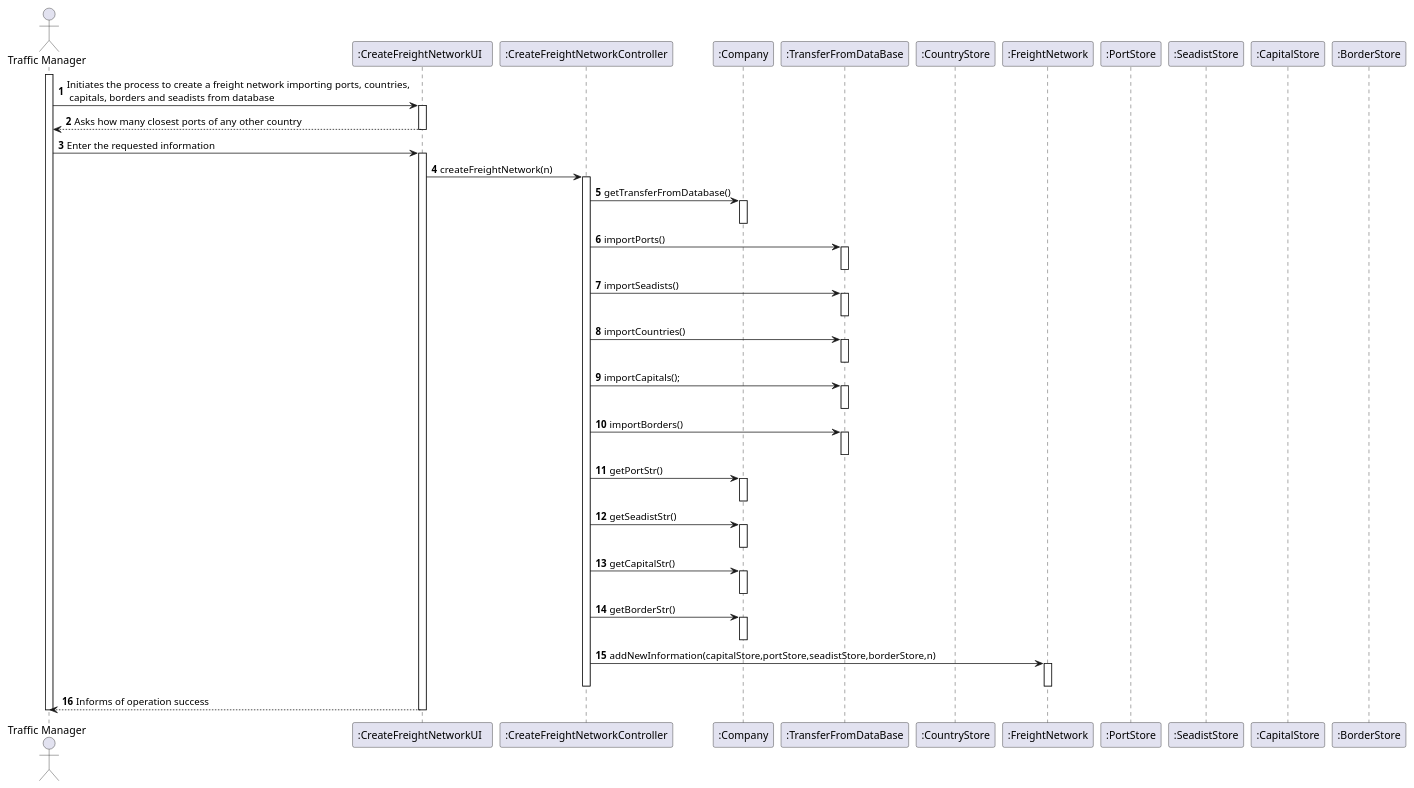
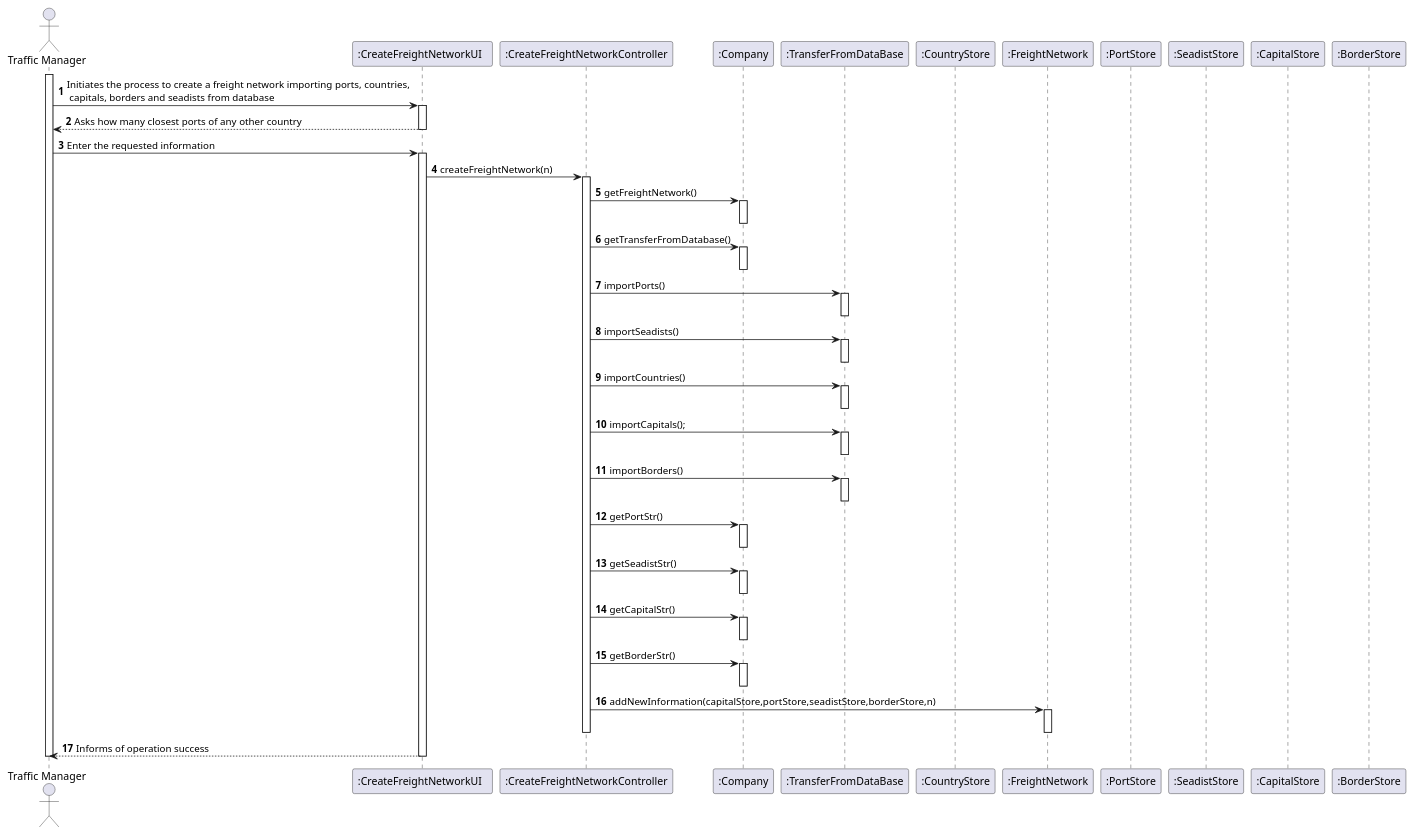
Before and after one commit to 0franciscor/lapr3-2021-g042: the diagram in docs/US301/US301_SD.puml, drawn with PlantUML. The commit also changed 3 other files, not shown here.

```diff
--- a/docs/US301/US301_SD.puml
+++ b/docs/US301/US301_SD.puml
@@ -1,70 +1,73 @@
 @startuml
 'https://plantuml.com/sequence-diagram
 
 autonumber
 actor "Traffic Manager" as TM
 participant ":CreateFreightNetworkUI  " as UI
 participant ":CreateFreightNetworkController" as CTRL
 participant ":Company" as CMP
 participant ":TransferFromDataBase" as Transfer
 participant ":CountryStore" as STORE
 participant ":FreightNetwork" as network
 participant ":PortStore" as portStore
 participant ":SeadistStore" as seadistStore
 participant ":CapitalStore" as capitalStore
 participant ":BorderStore" as borderStore
 
 
 
 
 activate TM
 TM -> UI: Initiates the process to create a freight network importing ports, countries,\n capitals, borders and seadists from database
 activate UI
 UI --> TM : Asks how many closest ports of any other country
 deactivate UI
 TM -> UI : Enter the requested information
 activate UI
 UI -> CTRL : createFreightNetwork(n)
 activate CTRL
+CTRL->CMP : getFreightNetwork()
+activate CMP
+deactivate CMP
 CTRL->CMP : getTransferFromDatabase()
 activate CMP
 deactivate CMP
 CTRL->Transfer: importPorts()
 activate Transfer
 deactivate Transfer
 CTRL->Transfer: importSeadists()
 activate Transfer
 deactivate Transfer
 CTRL->Transfer: importCountries()
 activate Transfer
 deactivate Transfer
 CTRL->Transfer: importCapitals();
 activate Transfer
 deactivate Transfer
 CTRL->Transfer: importBorders()
 activate Transfer
 deactivate Transfer
 CTRL->CMP : getPortStr()
 activate CMP
 deactivate CMP
 CTRL->CMP : getSeadistStr()
 activate CMP
 deactivate CMP
 CTRL->CMP : getCapitalStr()
 activate CMP
 deactivate CMP
 CTRL->CMP : getBorderStr()
 activate CMP
 deactivate CMP
 CTRL-> network : addNewInformation(capitalStore,portStore,seadistStore,borderStore,n)
 activate network
 
 deactivate network
 
 deactivate CTRL
 UI --> TM : Informs of operation success
 deactivate UI
 
 deactivate TM
 
 @enduml
```
